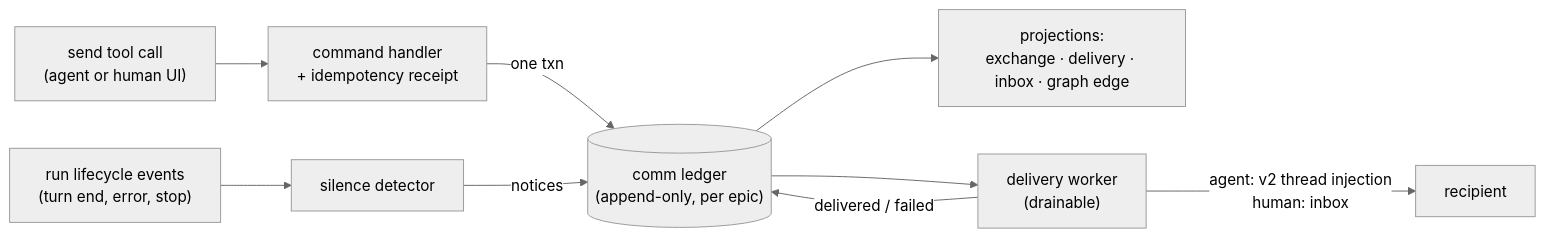
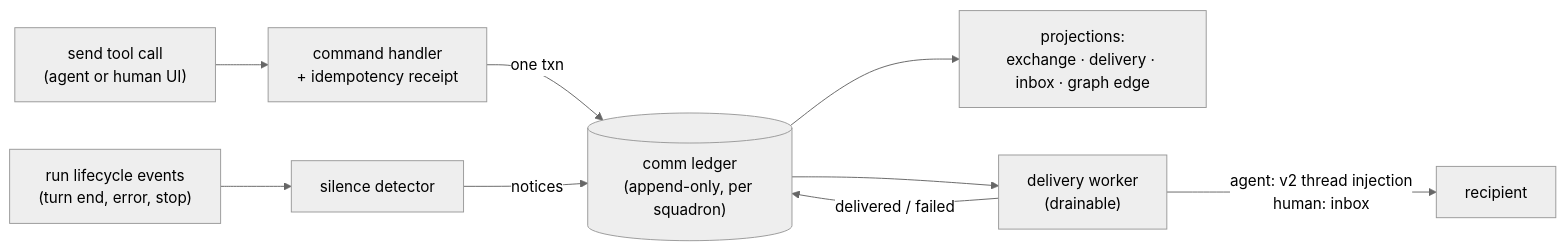
Before and after one commit to Jacksondr5/j5code: the diagram in docs/j5/product/a2a/plan/index.md, drawn with Mermaid (neutral theme). The commit also changed other lines of this file and 11 other files, not shown here.

````diff
--- a/docs/j5/product/a2a/plan/index.md
+++ b/docs/j5/product/a2a/plan/index.md
@@ -26,11 +26,11 @@
 ```mermaid
 flowchart LR
     T["send tool call<br/>(agent or human UI)"] --> C["command handler<br/>+ idempotency receipt"]
-    C -->|one txn| L[("comm ledger<br/>(append-only, per epic)")]
+    C -->|one txn| L[("comm ledger<br/>(append-only, per squadron)")]
     L --> P["projections:<br/>exchange · delivery · inbox · graph edge"]
     L --> W["delivery worker<br/>(drainable)"]
     W -->|"agent: v2 thread injection<br/>human: inbox"| R["recipient"]
     W -->|delivered / failed| L
     LC["run lifecycle events<br/>(turn end, error, stop)"] --> S["silence detector"]
     S -->|notices| L
 ```
````
